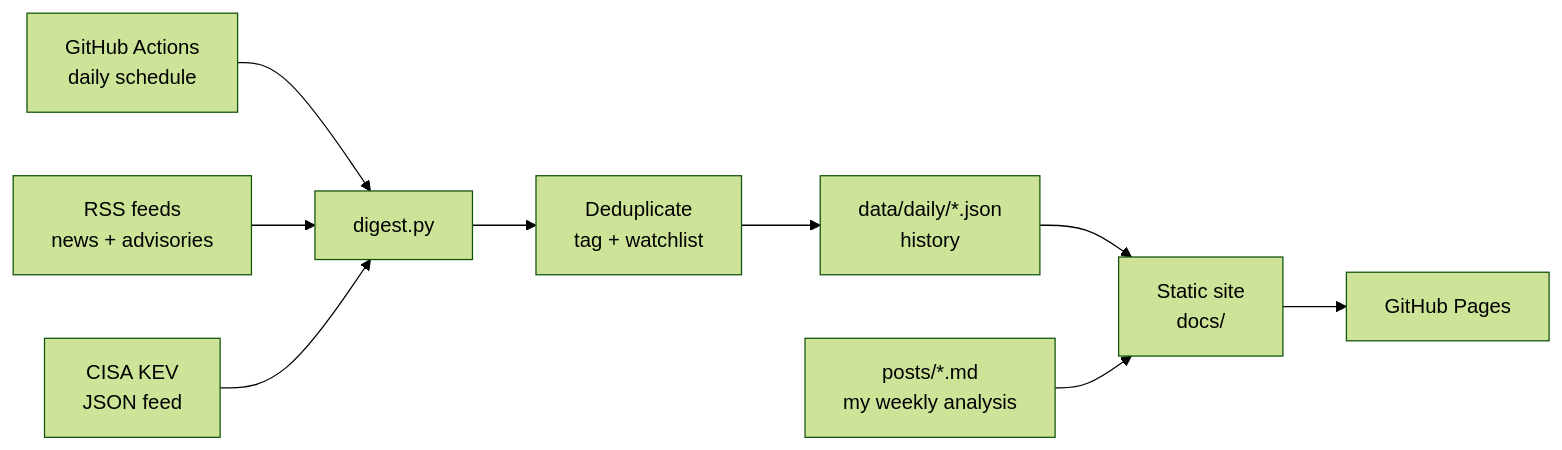
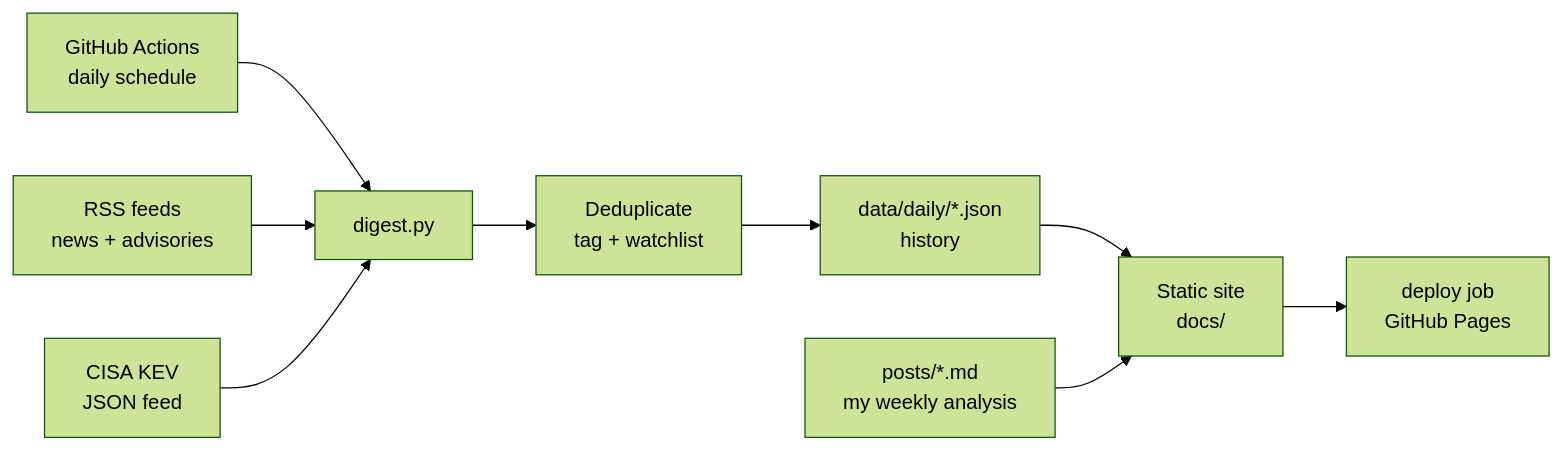
Before and after one commit to dutchbug/threat-digest: the diagram in README.md, drawn with Mermaid (forest theme). The commit also changed other lines of this file and 7 other files, not shown here.

````diff
--- a/README.md
+++ b/README.md
@@ -15,11 +15,11 @@
 ```mermaid
 flowchart LR
     A[GitHub Actions<br>daily schedule] --> B[digest.py]
     S1[RSS feeds<br>news + advisories] --> B
     S2[CISA KEV<br>JSON feed] --> B
     B --> C[Deduplicate<br>tag + watchlist]
     C --> D[data/daily/*.json<br>history]
     D --> E[Static site<br>docs/]
     P[posts/*.md<br>my weekly analysis] --> E
-    E --> F[GitHub Pages]
+    E --> F[deploy job<br>GitHub Pages]
 ```
````
